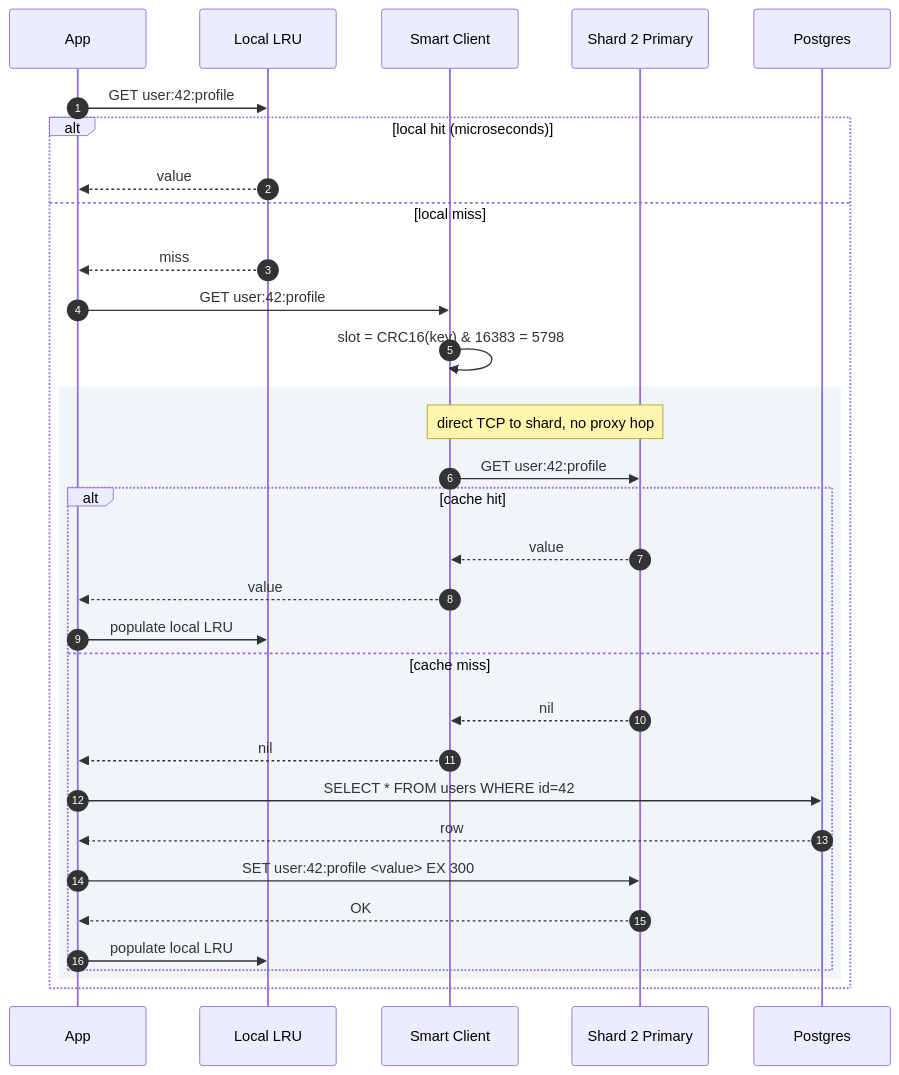
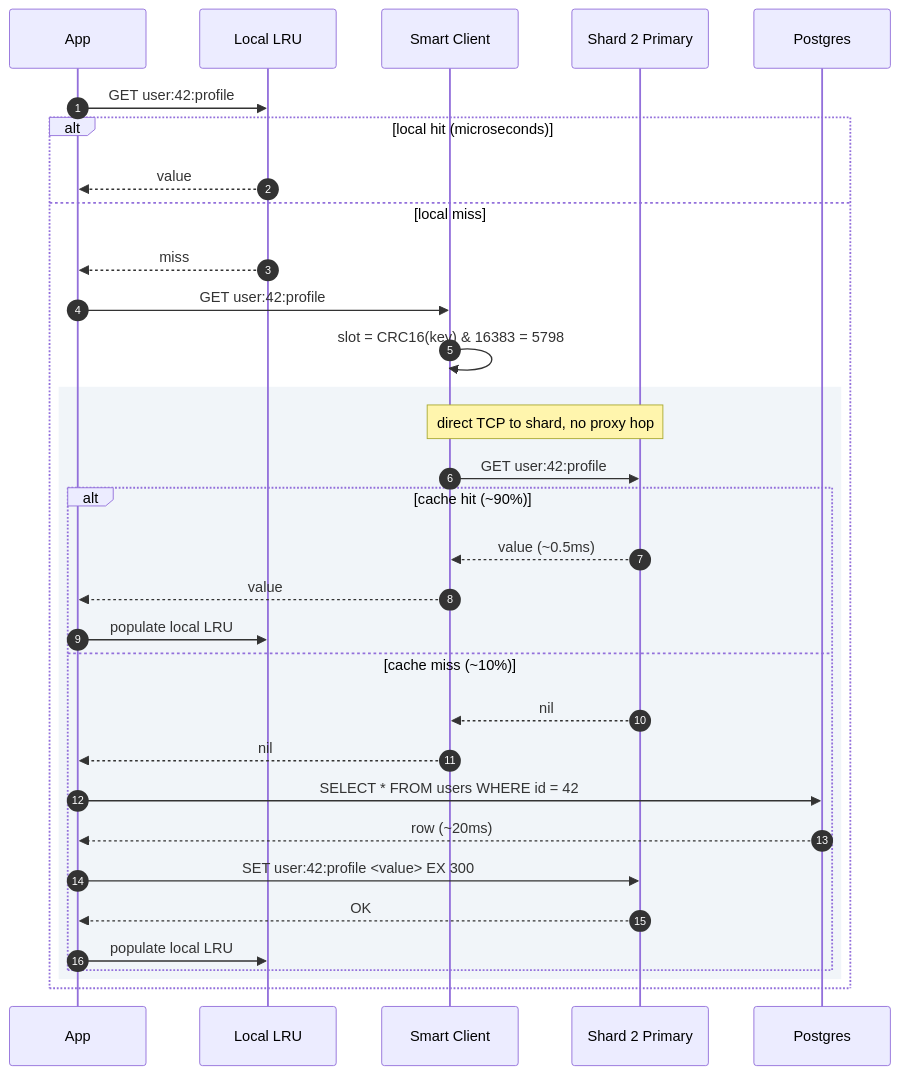
One commit to shiningflash/system-design changed the second of 3 diagrams in problems/009-distributed-cache/solution.md. Above: the diagram before and after it, drawn with Mermaid. The commit also changed other lines of this file and 37 other files, not shown here.

````diff
--- a/problems/009-distributed-cache/solution.md
+++ b/problems/009-distributed-cache/solution.md
@@ -180,36 +176,36 @@
 ```mermaid
 sequenceDiagram
     autonumber
     participant App
     participant LRU as Local LRU
     participant SDK as Smart Client
     participant S2P as Shard 2 Primary
     participant DB as Postgres
 
     App->>LRU: GET user:42:profile
     alt local hit (microseconds)
         LRU-->>App: value
     else local miss
         LRU-->>App: miss
         App->>SDK: GET user:42:profile
         SDK->>SDK: slot = CRC16(key) & 16383 = 5798
 
         rect rgb(241, 245, 249)
             Note over SDK,S2P: direct TCP to shard, no proxy hop
             SDK->>S2P: GET user:42:profile
-            alt cache hit
-                S2P-->>SDK: value
+            alt cache hit (~90%)
+                S2P-->>SDK: value (~0.5ms)
                 SDK-->>App: value
                 App->>LRU: populate local LRU
-            else cache miss
+            else cache miss (~10%)
                 S2P-->>SDK: nil
                 SDK-->>App: nil
-                App->>DB: SELECT * FROM users WHERE id=42
-                DB-->>App: row
+                App->>DB: SELECT * FROM users WHERE id = 42
+                DB-->>App: row (~20ms)
                 App->>S2P: SET user:42:profile <value> EX 300
                 S2P-->>App: OK
                 App->>LRU: populate local LRU
             end
         end
     end
 ```
````
